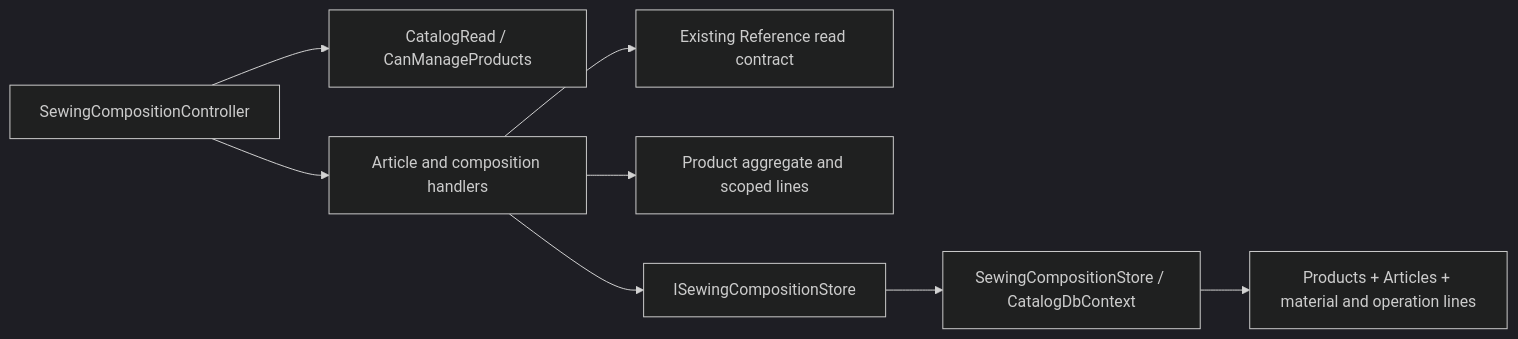
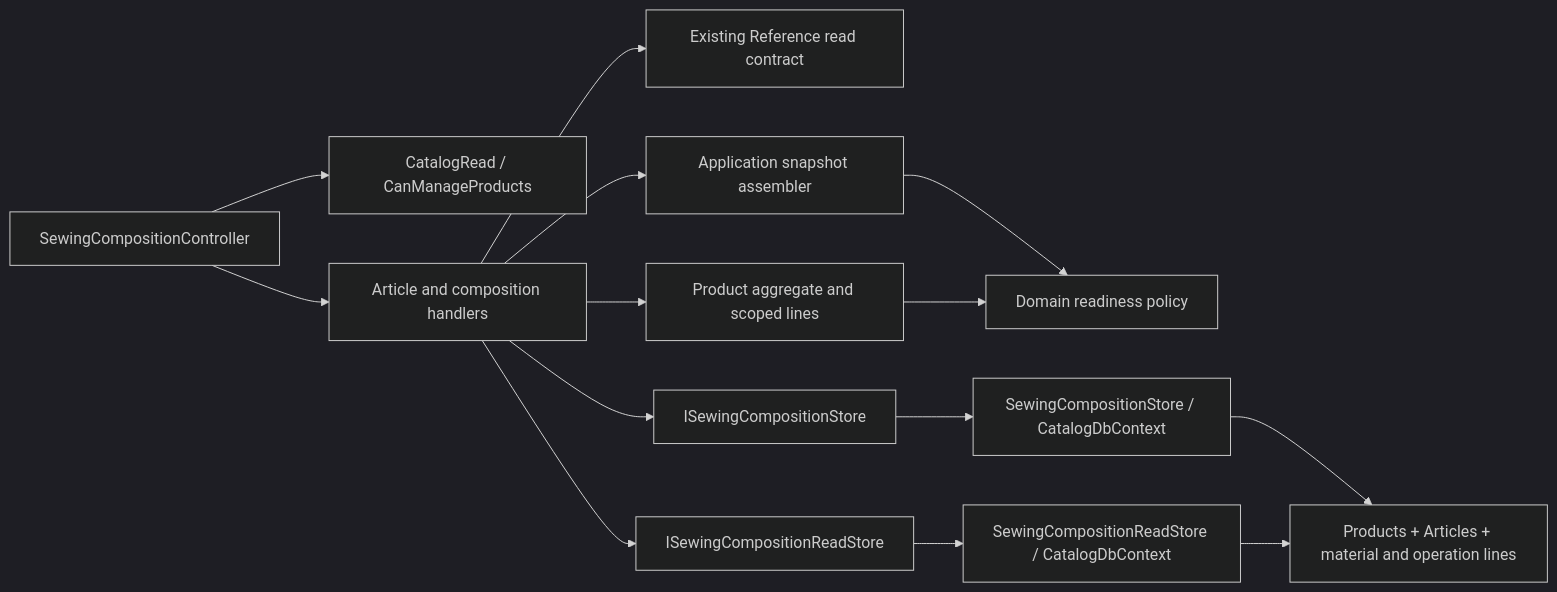
One commit to Weretik/BreviERP changed the diagram in docs/sdd/features/catalog/sewing-composition.md. Above: the diagram before and after it, drawn with Mermaid (dark theme). The commit also changed other lines of this file and 320 other files, not shown here.

````diff
--- a/docs/sdd/features/catalog/sewing-composition.md
+++ b/docs/sdd/features/catalog/sewing-composition.md
@@ -23,10 +39,16 @@
 ```mermaid
 flowchart LR
     API[SewingCompositionController] --> Policies[CatalogRead / CanManageProducts]
     API --> Handlers[Article and composition handlers]
     Handlers --> Reference[Existing Reference read contract]
     Handlers --> Product[Product aggregate and scoped lines]
-    Handlers --> Store[ISewingCompositionStore]
-    Store --> EF[SewingCompositionStore / CatalogDbContext]
+    Handlers --> WriteStore[ISewingCompositionStore]
+    Handlers --> ReadStore[ISewingCompositionReadStore]
+    Handlers --> Assembler[Application snapshot assembler]
+    Assembler --> Readiness[Domain readiness policy]
+    Product --> Readiness
+    WriteStore --> EF[SewingCompositionStore / CatalogDbContext]
+    ReadStore --> ReadEF[SewingCompositionReadStore / CatalogDbContext]
     EF --> DB[Products + Articles + material and operation lines]
+    ReadEF --> DB
 ```
````
